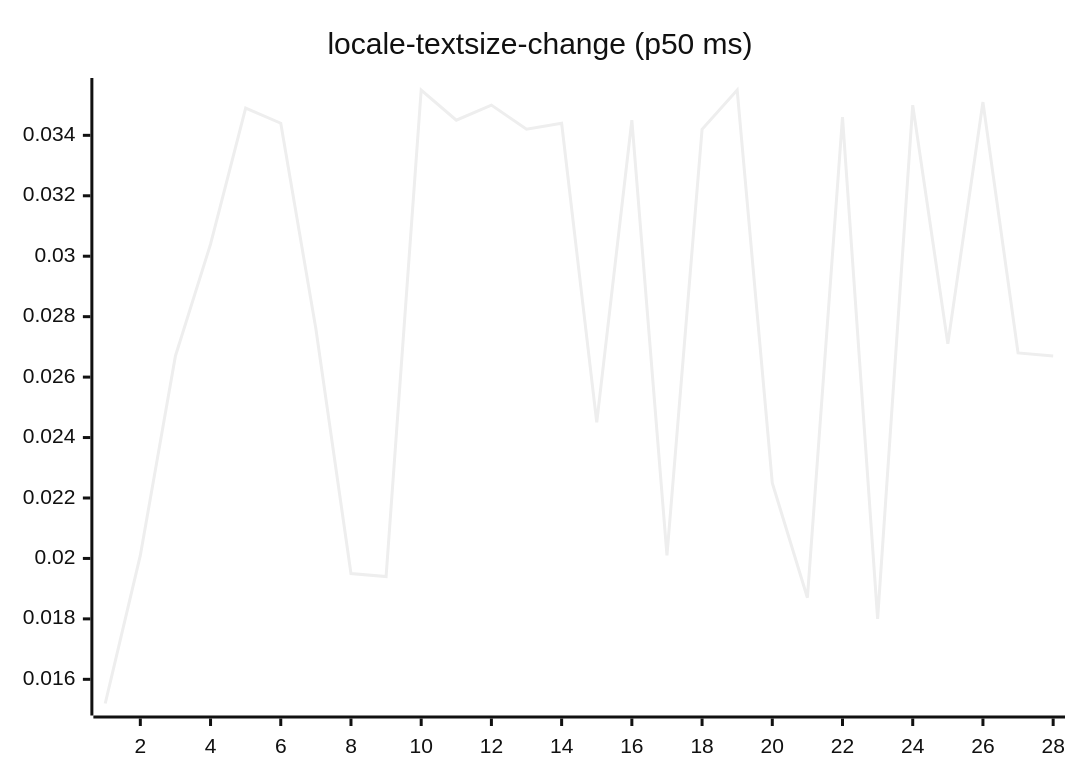
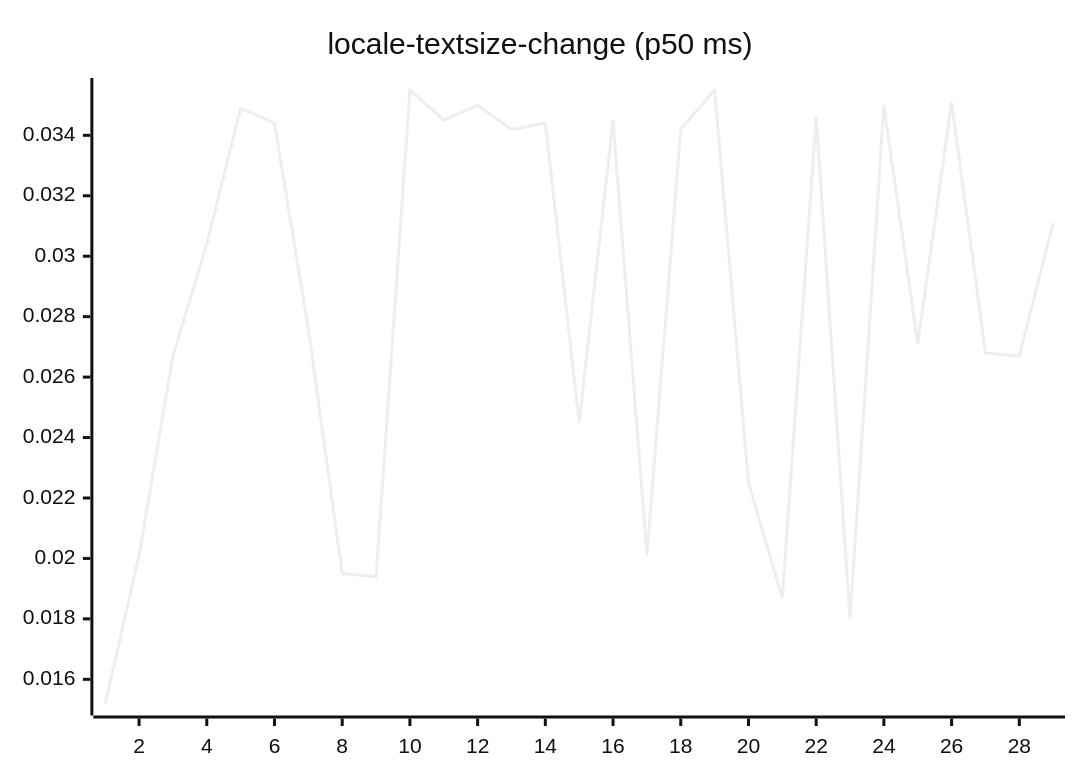
Before and after one commit to josha/Facet: diagram 13 of 27 in README.md, drawn with Mermaid (neutral theme). The commit also changed other lines of this file and 2 other files, not shown here.

````diff
--- a/README.md
+++ b/README.md
@@ -147,6 +147,6 @@
 ```mermaid
 xychart-beta
     title "locale-textsize-change (p50 ms)"
-    x-axis 1 --> 28
-    line [0.0152, 0.0201, 0.0267, 0.0304, 0.0349, 0.0344, 0.0276, 0.0195, 0.0194, 0.0355, 0.0345, 0.0350, 0.0342, 0.0344, 0.0245, 0.0345, 0.0201, 0.0342, 0.0355, 0.0225, 0.0187, 0.0346, 0.0180, 0.0350, 0.0271, 0.0351, 0.0268, 0.0267]
+    x-axis 1 --> 29
+    line [0.0152, 0.0201, 0.0267, 0.0304, 0.0349, 0.0344, 0.0276, 0.0195, 0.0194, 0.0355, 0.0345, 0.0350, 0.0342, 0.0344, 0.0245, 0.0345, 0.0201, 0.0342, 0.0355, 0.0225, 0.0187, 0.0346, 0.0180, 0.0350, 0.0271, 0.0351, 0.0268, 0.0267, 0.0311]
 ```
````
